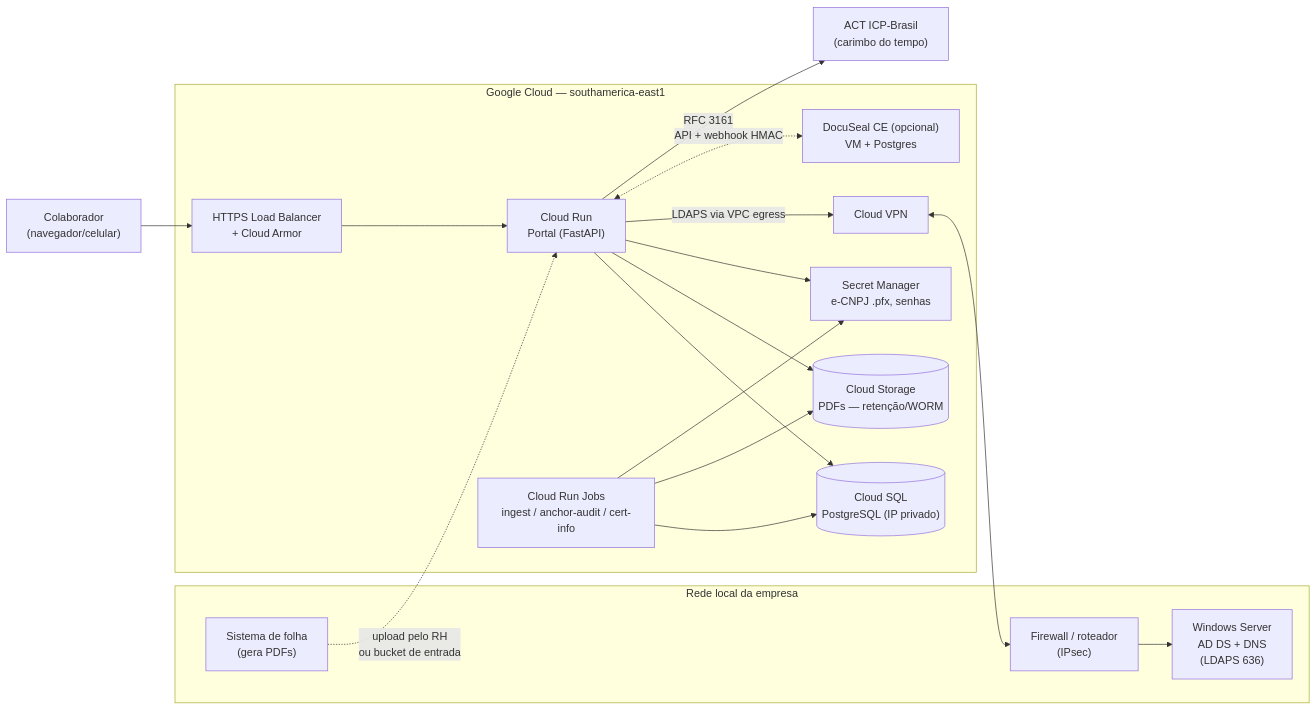
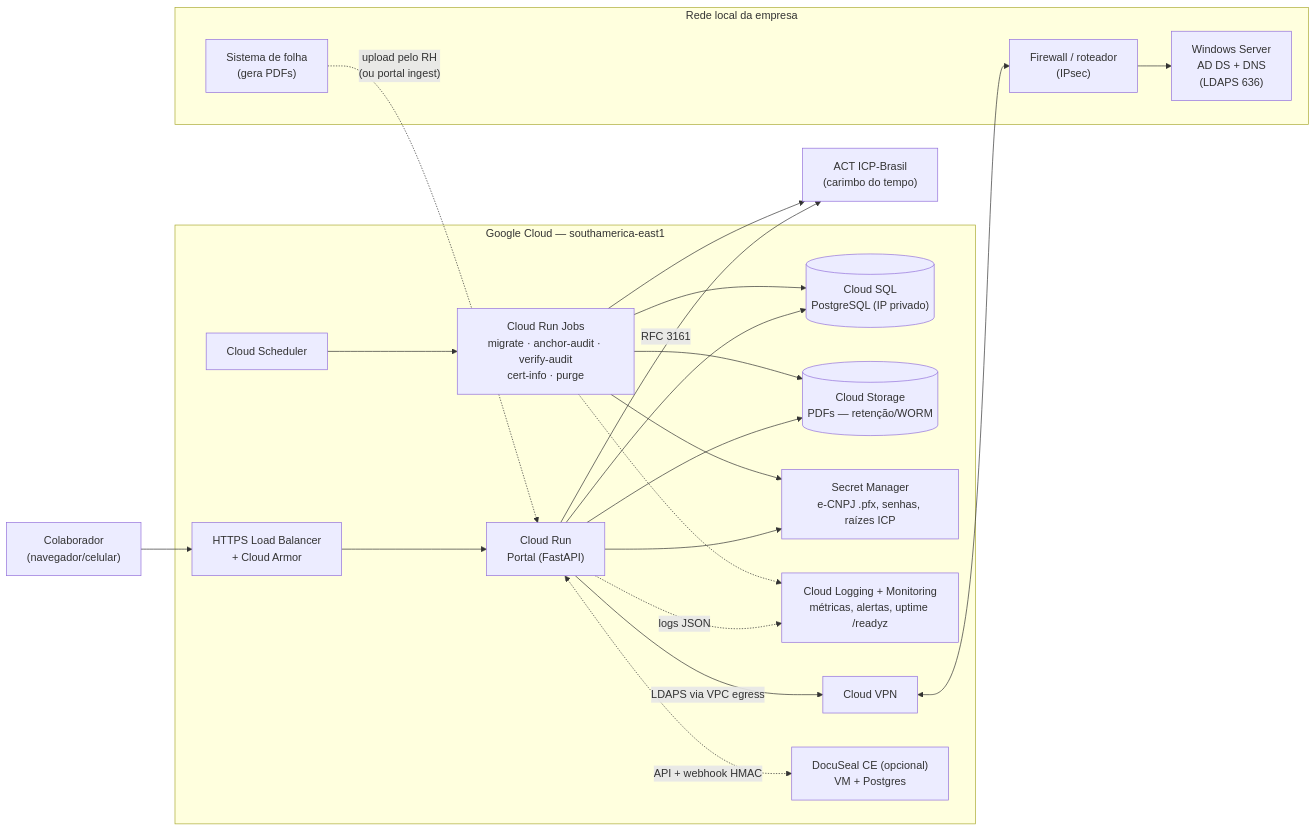
Before and after one commit to felisberto-byte/RH: the first of 3 diagrams in docs/arquitetura.md, drawn with Mermaid. The commit also changed other lines of this file and 17 other files, not shown here.

````diff
--- a/docs/arquitetura.md
+++ b/docs/arquitetura.md
@@ -5,27 +5,33 @@
 ```mermaid
 flowchart LR
   subgraph Empresa["Rede local da empresa"]
     DC["Windows Server<br/>AD DS + DNS<br/>(LDAPS 636)"]
     FW["Firewall / roteador<br/>(IPsec)"]
     Folha["Sistema de folha<br/>(gera PDFs)"]
   end
   subgraph GCP["Google Cloud — southamerica-east1"]
     LB["HTTPS Load Balancer<br/>+ Cloud Armor"]
     Run["Cloud Run<br/>Portal (FastAPI)"]
-    Job["Cloud Run Jobs<br/>ingest / anchor-audit / cert-info"]
+    Sched["Cloud Scheduler"]
+    Job["Cloud Run Jobs<br/>migrate · anchor-audit · verify-audit<br/>cert-info · purge"]
     SQL[("Cloud SQL<br/>PostgreSQL (IP privado)")]
     GCS[("Cloud Storage<br/>PDFs — retenção/WORM")]
-    SM["Secret Manager<br/>e-CNPJ .pfx, senhas"]
+    SM["Secret Manager<br/>e-CNPJ .pfx, senhas, raízes ICP"]
+    Logs["Cloud Logging + Monitoring<br/>métricas, alertas, uptime /readyz"]
     VPN["Cloud VPN"]
     DS["DocuSeal CE (opcional)<br/>VM + Postgres"]
   end
   Colab["Colaborador<br/>(navegador/celular)"] --> LB --> Run
   Run --> SQL
   Run --> GCS
   Run --> SM
+  Sched --> Job
   Job --> SQL & GCS & SM
+  Run -. "logs JSON" .-> Logs
+  Job -.-> Logs
   Run -- "LDAPS via VPC egress" --> VPN <--> FW --> DC
-  Folha -. "upload pelo RH<br/>ou bucket de entrada" .-> Run
+  Folha -. "upload pelo RH<br/>(ou portal ingest)" .-> Run
   Run <-. "API + webhook HMAC" .-> DS
   Run -- "RFC 3161" --> ACT["ACT ICP-Brasil<br/>(carimbo do tempo)"]
+  Job --> ACT
 ```
````
